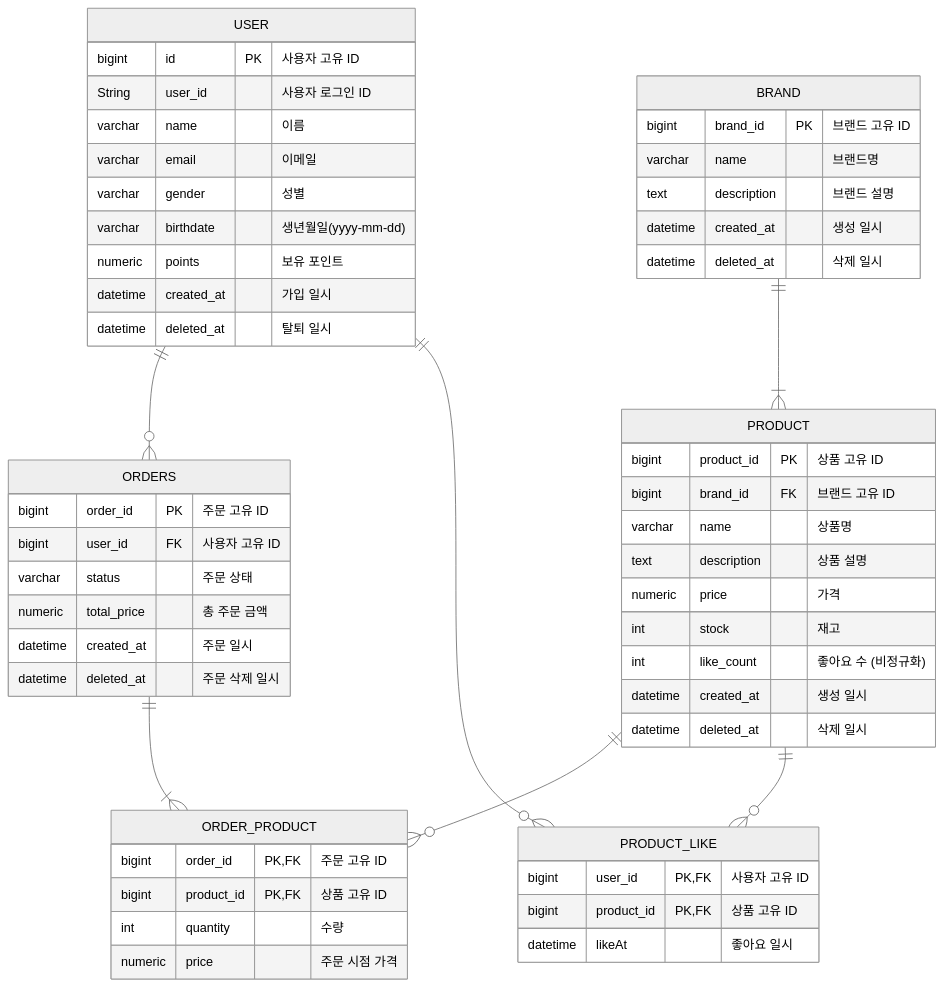
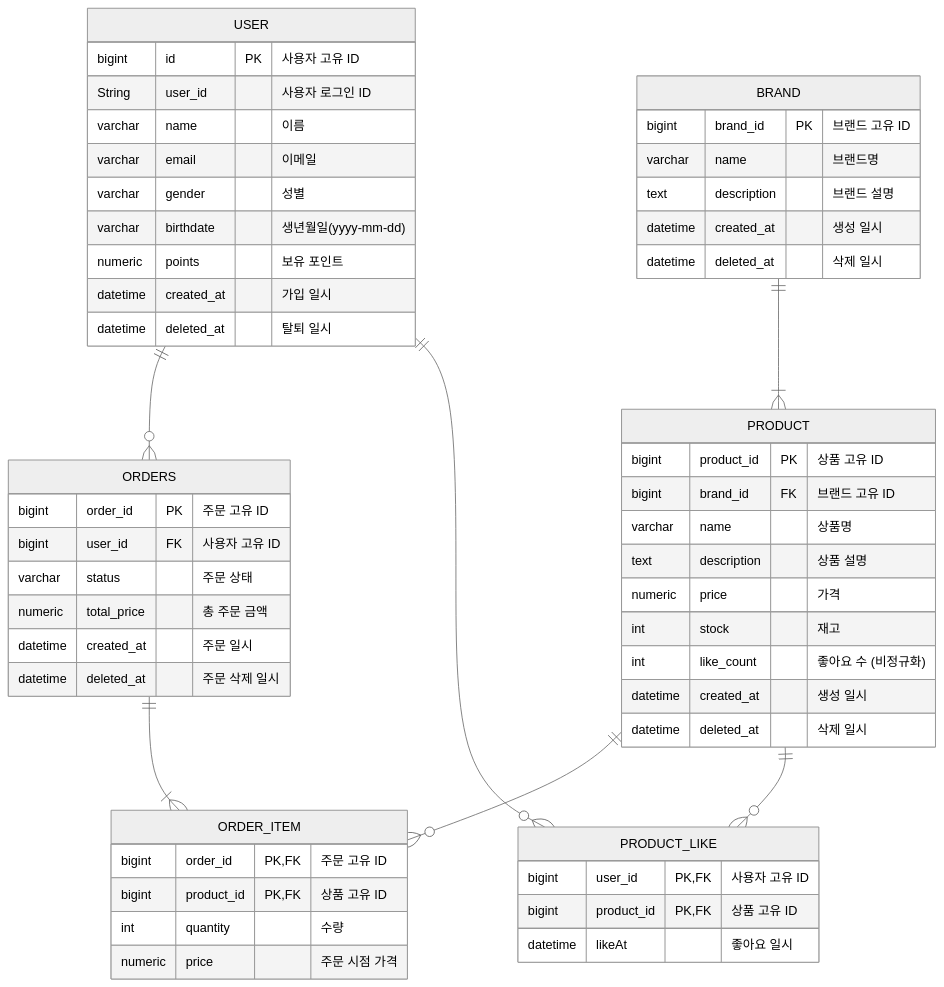
The diagram in docs/week2/04-erd.md (Loopers-dev-lab/loopers-spring-java-template), drawn with Mermaid (neutral theme) before and after one commit. The commit also changed 10 other files, not shown here.

First line of the commit message:
feat: orderItem 조회 기능 추가

````diff
--- a/docs/week2/04-erd.md
+++ b/docs/week2/04-erd.md
@@ -3,61 +3,61 @@
 ```mermaid
 erDiagram
     USER {
         bigint id PK "사용자 고유 ID"
         String user_id "사용자 로그인 ID"
         varchar name "이름"
         varchar email "이메일"
         varchar gender "성별"
         varchar birthdate "생년월일(yyyy-mm-dd)"
         numeric points "보유 포인트"
         datetime created_at "가입 일시"
         datetime deleted_at "탈퇴 일시"
     }
     ORDERS {
         bigint order_id PK "주문 고유 ID"
         bigint user_id FK "사용자 고유 ID"
         varchar status "주문 상태"
         numeric total_price "총 주문 금액"
         datetime created_at "주문 일시"
         datetime deleted_at "주문 삭제 일시"
     }
-    ORDER_PRODUCT {
+    ORDER_ITEM {
         bigint order_id PK, FK "주문 고유 ID"
         bigint product_id PK, FK "상품 고유 ID"
         int quantity "수량"
         numeric price "주문 시점 가격"
     }
     PRODUCT {
         bigint product_id PK "상품 고유 ID"
         bigint brand_id FK "브랜드 고유 ID"
         varchar name "상품명"
         text description "상품 설명"
         numeric price "가격"
         int stock "재고"
         int like_count "좋아요 수 (비정규화)"
         datetime created_at "생성 일시"
         datetime deleted_at "삭제 일시"
     }
     PRODUCT_LIKE {
         bigint user_id PK, FK "사용자 고유 ID"
         bigint product_id PK, FK "상품 고유 ID"
         datetime likeAt "좋아요 일시"
     }
     BRAND {
         bigint brand_id PK "브랜드 고유 ID"
         varchar name "브랜드명"
         text description "브랜드 설명"
         datetime created_at "생성 일시"
         datetime deleted_at "삭제 일시"
     }
 
     USER ||--o{ ORDERS : ""
     USER ||--o{ PRODUCT_LIKE : ""
 
-    PRODUCT ||--o{ ORDER_PRODUCT : ""
+    PRODUCT ||--o{ ORDER_ITEM : ""
     PRODUCT ||--o{ PRODUCT_LIKE : ""
 
-    ORDERS ||--|{ ORDER_PRODUCT : ""
+    ORDERS ||--|{ ORDER_ITEM : ""
 
     BRAND ||--|{ PRODUCT : ""
 ```
````
